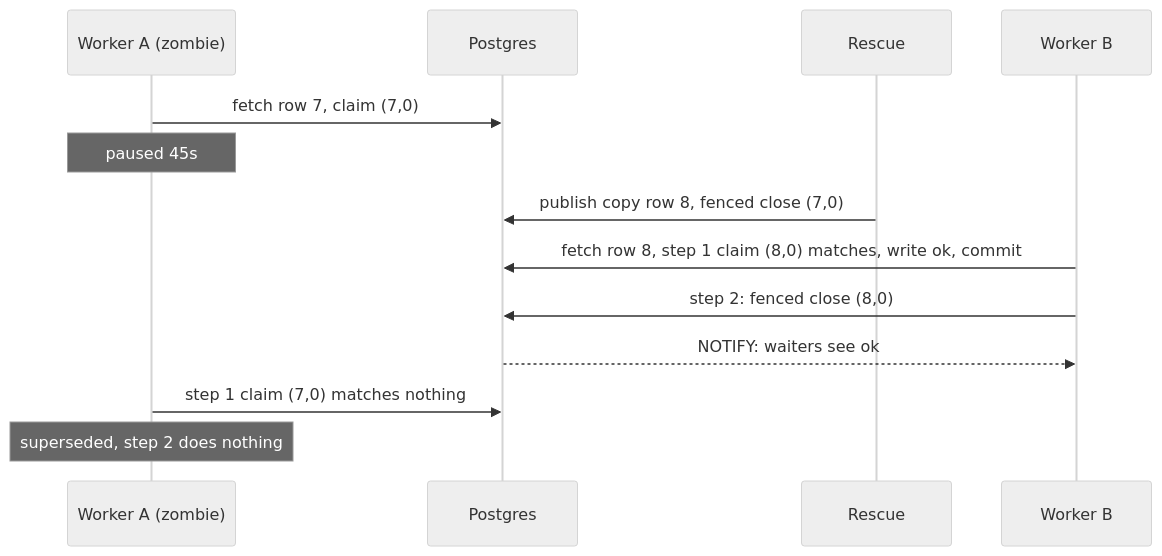
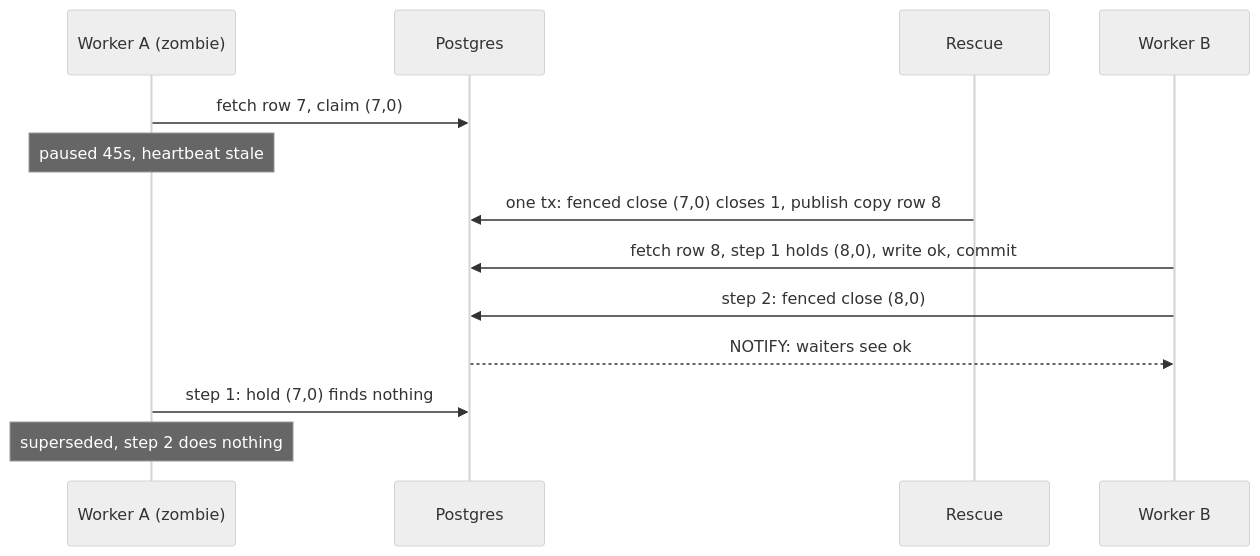
The second of 4 diagrams in docs/central-delivery-fencing.md (mcurcio/photo-wall), drawn with Mermaid (neutral theme) before and after one commit. The commit also changed other lines of this file, not shown here.

````diff
--- a/docs/central-delivery-fencing.md
+++ b/docs/central-delivery-fencing.md
@@ -95,15 +110,15 @@
 ```mermaid
 sequenceDiagram
   participant A as Worker A (zombie)
   participant DB as Postgres
   participant R as Rescue
   participant B as Worker B
   A->>DB: fetch row 7, claim (7,0)
-  Note over A: paused 45s
-  R->>DB: publish copy row 8, fenced close (7,0)
-  B->>DB: fetch row 8, step 1 claim (8,0) matches, write ok, commit
+  Note over A: paused 45s, heartbeat stale
+  R->>DB: one tx: fenced close (7,0) closes 1, publish copy row 8
+  B->>DB: fetch row 8, step 1 holds (8,0), write ok, commit
   B->>DB: step 2: fenced close (8,0)
   DB-->>B: NOTIFY: waiters see ok
-  A->>DB: step 1 claim (7,0) matches nothing
+  A->>DB: step 1: hold (7,0) finds nothing
   Note over A: superseded, step 2 does nothing
 ```
````
